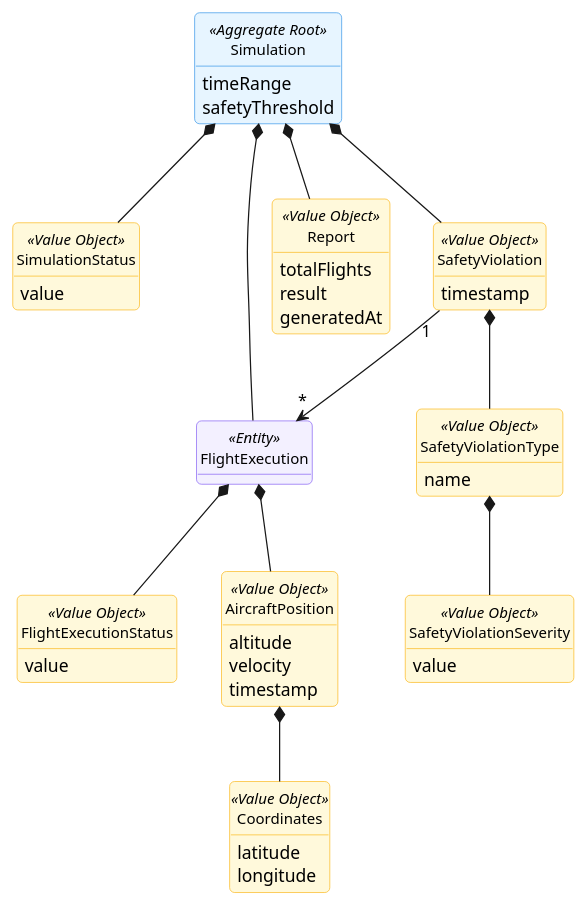
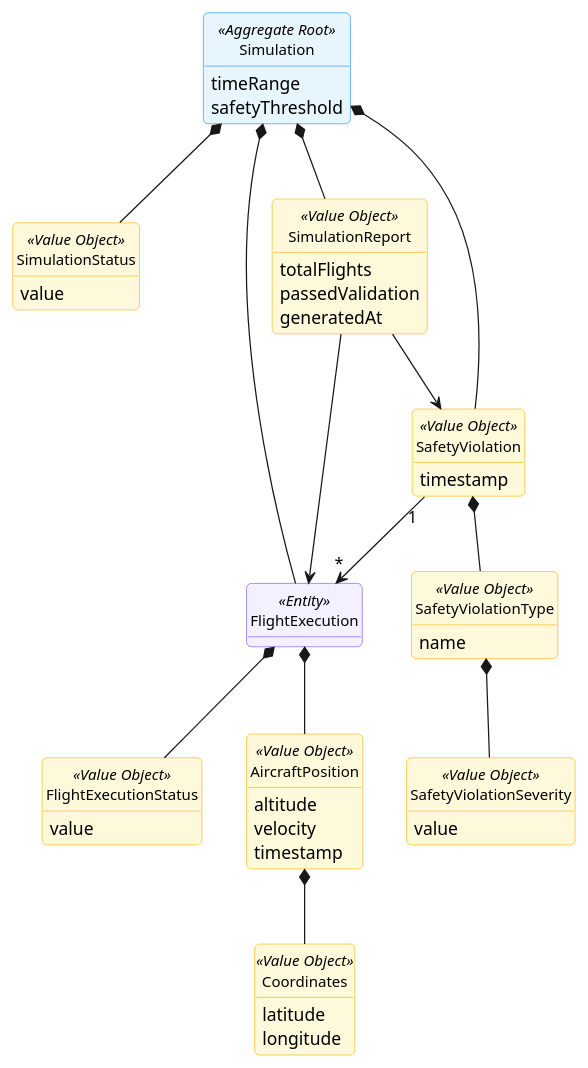
One commit to GustavoFerreira24/flight-management-platform changed the diagram in docs/global-artifacts/02.analysis/puml/Aggregates/SimulationAggregate.puml. Above: the diagram before and after it, drawn with PlantUML. The commit also changed 11 other files, not shown here.

Commit message:
US111(DOCS): Add sequence diagram for `Generate a Simulation Report Scenario`. Include SVG under `docs/us_111/svg`. [#212]

```diff
--- a/docs/global-artifacts/02.analysis/puml/Aggregates/SimulationAggregate.puml
+++ b/docs/global-artifacts/02.analysis/puml/Aggregates/SimulationAggregate.puml
@@ -1,90 +1,92 @@
 @startuml
 skinparam {
     BackgroundColor white
     RoundCorner 8
     Shadowing false
     Handwritten false
     ClassAttributeIconSize 0
     PackageStyle frame
 
     PackageBackgroundColor #F8F9FA
     PackageBorderColor #ADB5BD
 
     ClassBackgroundColor white
     ClassBorderColor #495057
     ClassFontSize 12
 
     ClassBackgroundColor<<Aggregate Root>> #E7F5FF
     ClassBorderColor<<Aggregate Root>> #228BE6
 
     ClassBackgroundColor<<Value Object>> #FFF9DB
     ClassBorderColor<<Value Object>> #FAB005
 
     ClassBackgroundColor<<Entity>> #F3F0FF
     ClassBorderColor<<Entity>> #7950F2
 }
 
 hide circle
 hide methods
 
 class Simulation <<Aggregate Root>> {
         timeRange
         safetyThreshold
 
     }
 
     class SimulationStatus <<Value Object>> {
         value
     }
 
     class FlightExecution <<Entity>> {
 
     }
 
     class FlightExecutionStatus <<Value Object>> {
         value
     }
 
-    class Report <<Value Object>> {
+    class SimulationReport <<Value Object>> {
         totalFlights
-        result
+        passedValidation
         generatedAt
     }
 
     class SafetyViolation <<Value Object>> {
         timestamp
     }
 
     class SafetyViolationType <<Value Object>> {
         name
     }
 
     class SafetyViolationSeverity <<Value Object>> {
         value
     }
 
 
     class AircraftPosition <<Value Object>> {
         altitude
         velocity
         timestamp
     }
     class Coordinates <<Value Object>> {
         latitude
         longitude
     }
 
-    Simulation *-- Report
+    Simulation *-- SimulationReport
     Simulation *-- SafetyViolation
     Simulation *-- FlightExecution
     Simulation *-- SimulationStatus
+    SimulationReport --> FlightExecution
+    SimulationReport --> SafetyViolation
     SafetyViolation "1" --> "*" FlightExecution
     FlightExecution *-- AircraftPosition
     AircraftPosition *-- Coordinates
     FlightExecution *-- FlightExecutionStatus
     SafetyViolation *-- SafetyViolationType
     SafetyViolationType *-- SafetyViolationSeverity
 
 
 
 @enduml
```
